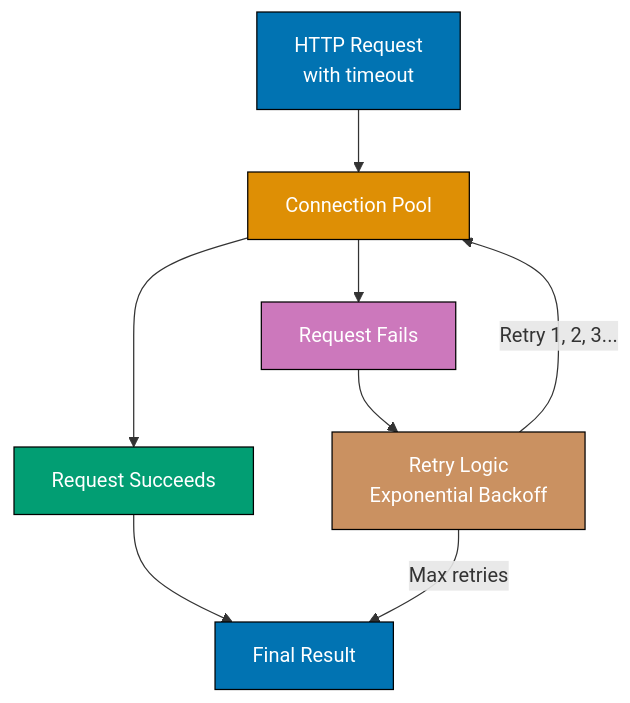
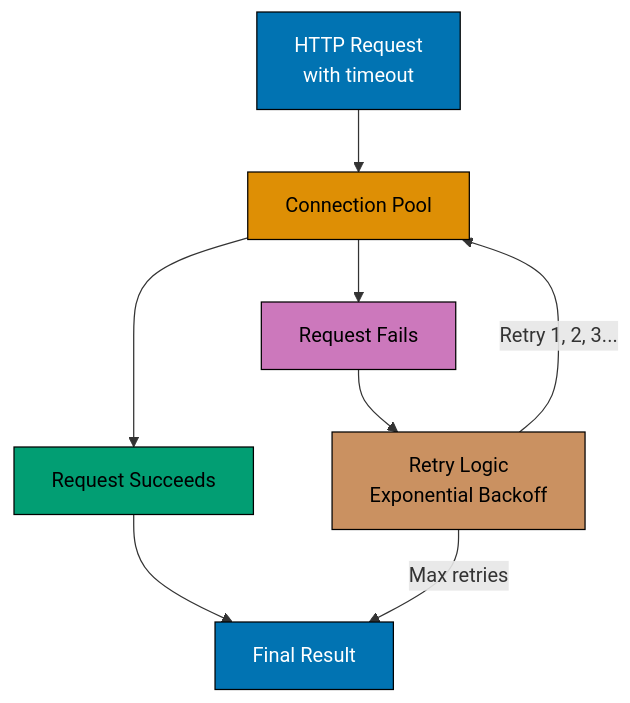
Before and after one commit to wahidyankf/ose-public: the tenth of 12 diagrams in apps/ayokoding-www/content/en/learn/legacy/software-engineering/programming-languages/golang/by-example/intermediate.md, drawn with Mermaid. The commit also changed other lines of this file and 112 other files, not shown here.

First line of the commit message:
fix(mermaid): bring the legacy programming-languages diagrams onto the accessible palette

````diff
--- a/apps/ayokoding-www/content/en/learn/legacy/software-engineering/programming-languages/golang/by-example/intermediate.md
+++ b/apps/ayokoding-www/content/en/learn/legacy/software-engineering/programming-languages/golang/by-example/intermediate.md
@@ -3089,25 +3147,33 @@
 ```mermaid
 %% Color Palette: Blue #0173B2, Orange #DE8F05, Teal #029E73, Purple #CC78BC, Brown #CA9161
 graph TD
+    accTitle: Example 54: HTTP Client with Timeouts and Retries
+    accDescr: Graph with 6 nodes and 7 connections. Nodes: HTTP Request with timeout, Connection Pool, Request Succeeds, Request Fails, Retry Logic Exponential Backoff, Final Result. Connections: HTTP Request with timeout to Connection Pool, Connection Pool to Request Succeeds, Connection Pool to Request Fails, Request Succeeds to Final Result, Request Fails to Retry Logic Exponential Backoff, Retry Logic Exponential Backoff to Connection Pool (Retry 1, 2, 3...), Retry Logic Exponential Backoff to Final Result (Max retries).
     A["HTTP Request<br/>with timeout"]
     B["Connection Pool"]
     C["Request Succeeds"]
     D["Request Fails"]
     E["Retry Logic<br/>Exponential Backoff"]
     F["Final Result"]
 
     A --> B
     B --> C
     B --> D
     C --> F
     D --> E
     E -->|"Retry 1, 2, 3..."| B
     E -->|"Max retries"| F
 
-    style A fill:#0173B2,stroke:#000,color:#fff
-    style B fill:#DE8F05,stroke:#000,color:#fff
-    style C fill:#029E73,stroke:#000,color:#fff
-    style D fill:#CC78BC,stroke:#000,color:#fff
-    style E fill:#CA9161,stroke:#000,color:#fff
-    style F fill:#0173B2,stroke:#000,color:#fff
+    classDef pal-0173B2 fill:#0173B2,stroke:#000000,color:#FFFFFF
+    class A pal-0173B2
+    classDef pal-DE8F05 fill:#DE8F05,stroke:#000000,color:#000000
+    class B pal-DE8F05
+    classDef pal-029E73 fill:#029E73,stroke:#000000,color:#000000
+    class C pal-029E73
+    classDef pal-CC78BC fill:#CC78BC,stroke:#000000,color:#000000
+    class D pal-CC78BC
+    classDef pal-CA9161 fill:#CA9161,stroke:#000000,color:#000000
+    class E pal-CA9161
+    class F pal-0173B2
+    classDef default fill:#FFFFFF,stroke:#000000,color:#000000
 ```
````
